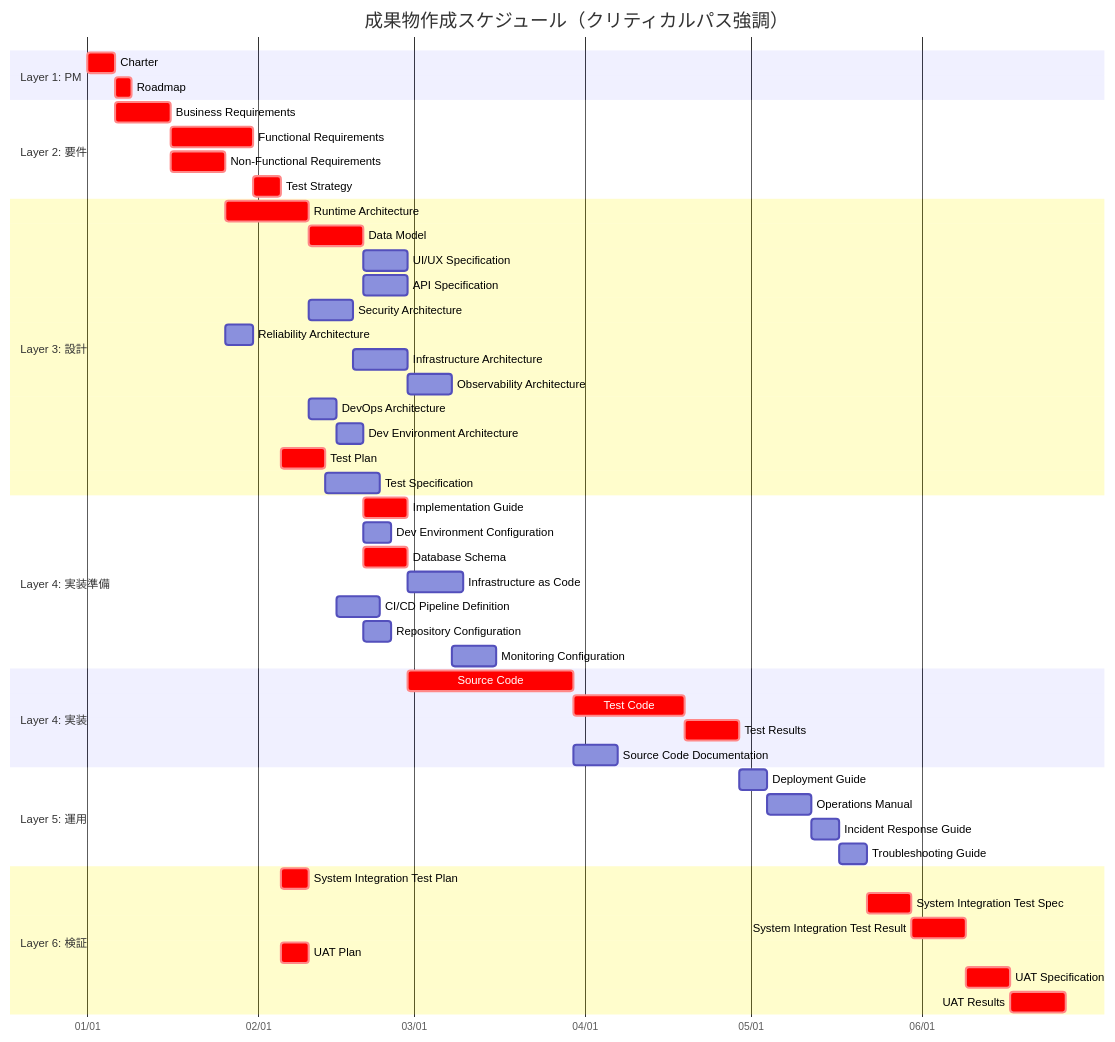
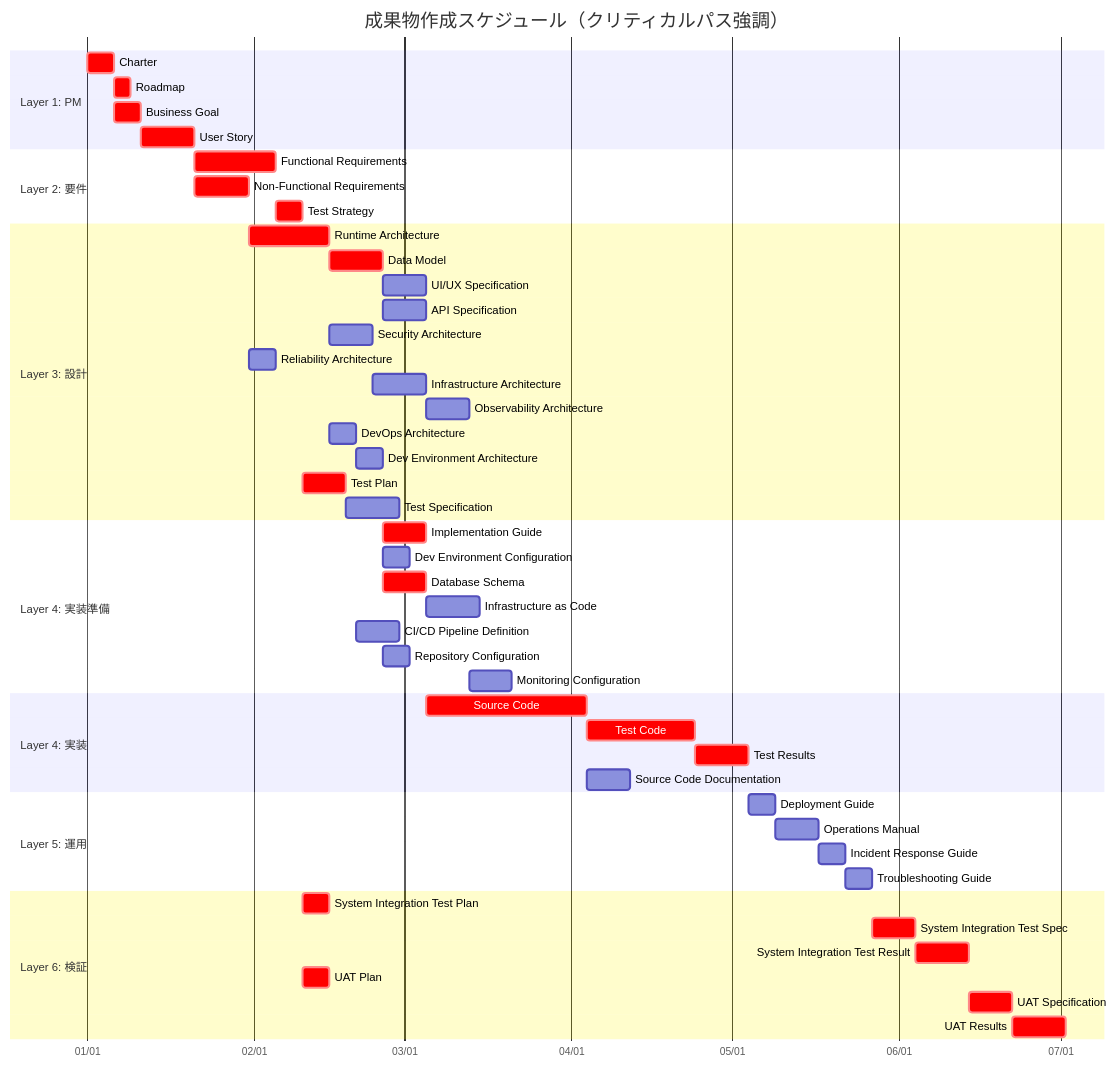
One commit to mahitotsu/ukiyoue changed diagram 15 of 15 in specs/artifact-relationships.md. Above: the diagram before and after it, drawn with Mermaid. The commit also changed other lines of this file and 7 other files, not shown here.

````diff
--- a/specs/artifact-relationships.md
+++ b/specs/artifact-relationships.md
@@ -596,59 +592,60 @@
 ```mermaid
 gantt
     title 成果物作成スケジュール（クリティカルパス強調）
     dateFormat YYYY-MM-DD
     axisFormat %m/%d
 
     section Layer 1: PM
     Charter                       :crit, charter, 2025-01-01, 5d
     Roadmap                       :crit, roadmap, after charter, 3d
+    Business Goal                 :crit, bizgoal, after charter, 5d
+    User Story                    :crit, userstory, after bizgoal, 10d
 
     section Layer 2: 要件
-    Business Requirements         :crit, biz, after charter, 10d
-    Functional Requirements       :crit, func, after biz, 15d
-    Non-Functional Requirements   :crit, nonfunc, after biz, 10d
-    Test Strategy                 :crit, teststrat, after biz func nonfunc, 5d
+    Functional Requirements       :crit, func, after userstory, 15d
+    Non-Functional Requirements   :crit, nonfunc, after bizgoal userstory, 10d
+    Test Strategy                 :crit, teststrat, after func nonfunc, 5d
 
     section Layer 3: 設計
     Runtime Architecture          :crit, runtime, after nonfunc, 15d
     Data Model                    :crit, datamodel, after func runtime, 10d
     UI/UX Specification           :ui, after func datamodel, 8d
     API Specification             :api, after runtime datamodel, 8d
     Security Architecture         :security, after nonfunc runtime, 8d
     Reliability Architecture      :reliability, after nonfunc, 5d
     Infrastructure Architecture   :infra, after reliability runtime security, 10d
     Observability Architecture    :observ, after runtime infra reliability, 8d
     DevOps Architecture           :devops, after runtime, 5d
     Dev Environment Architecture  :devenv, after runtime devops, 5d
     Test Plan                     :crit, testplan, after teststrat func nonfunc, 8d
     Test Specification            :testspec, after testplan func, 10d
 
     section Layer 4: 実装準備
     Implementation Guide          :crit, implguide, after runtime security devenv devops, 8d
     Dev Environment Configuration :devenvconf, after devenv, 5d
     Database Schema               :crit, dbschema, after datamodel, 8d
     Infrastructure as Code        :iac, after infra, 10d
     CI/CD Pipeline Definition     :pipeline, after devops, 8d
     Repository Configuration      :repo, after devops devenv, 5d
     Monitoring Configuration      :monitoring, after observ, 8d
 
     section Layer 4: 実装
     Source Code                   :crit, code, after func implguide ui api dbschema repo devenvconf, 30d
     Test Code                     :crit, testcode, after testspec code, 20d
     Test Results                  :crit, testresult, after testcode, 10d
     Source Code Documentation     :codedoc, after code, 8d
 
     section Layer 5: 運用
     Deployment Guide              :deploy, after iac pipeline testresult, 5d
     Operations Manual             :manual, after deploy monitoring testresult, 8d
     Incident Response Guide       :incident, after observ manual, 5d
     Troubleshooting Guide         :trouble, after codedoc incident, 5d
 
     section Layer 6: 検証
     System Integration Test Plan  :crit, sitplan, after teststrat func nonfunc, 5d
     System Integration Test Spec  :crit, sitspec, after sitplan func deploy manual incident trouble, 8d
     System Integration Test Result :crit, sitresult, after sitspec, 10d
     UAT Plan                      :crit, uatplan, after teststrat biz func, 5d
     UAT Specification             :crit, uatspec, after uatplan biz func sitresult, 8d
     UAT Results                   :crit, uatresult, after uatspec, 10d
 ```
````
